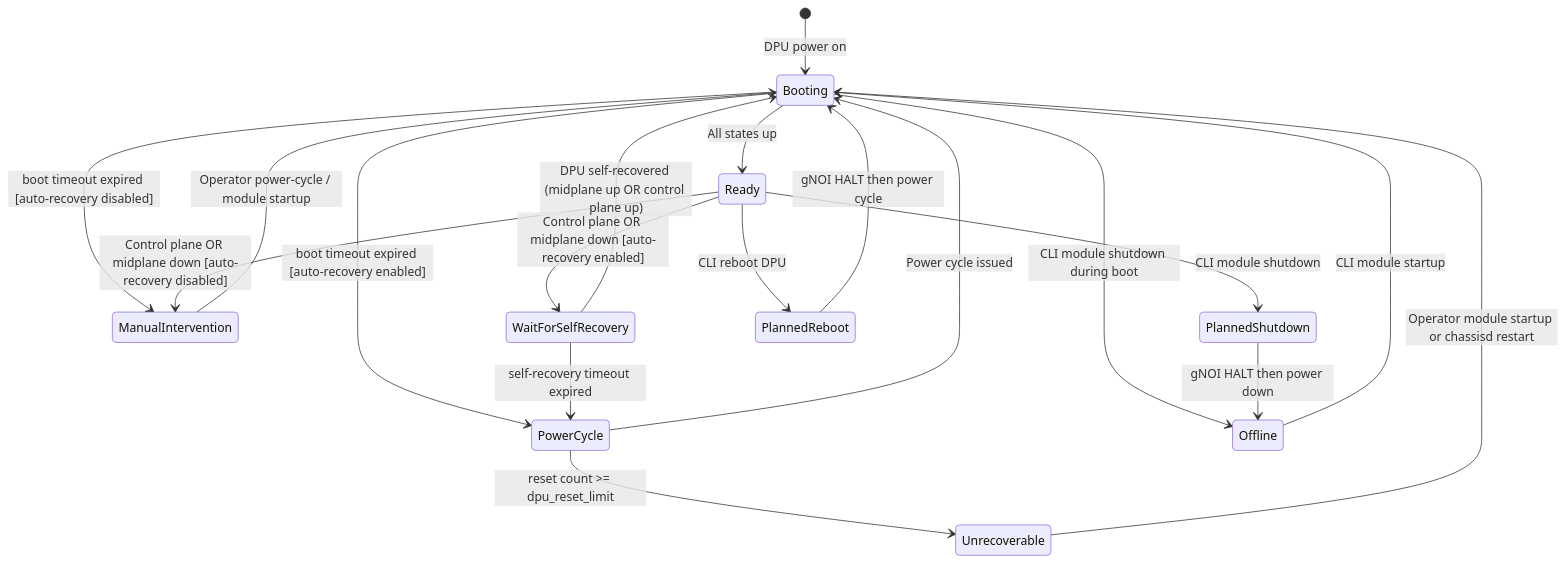
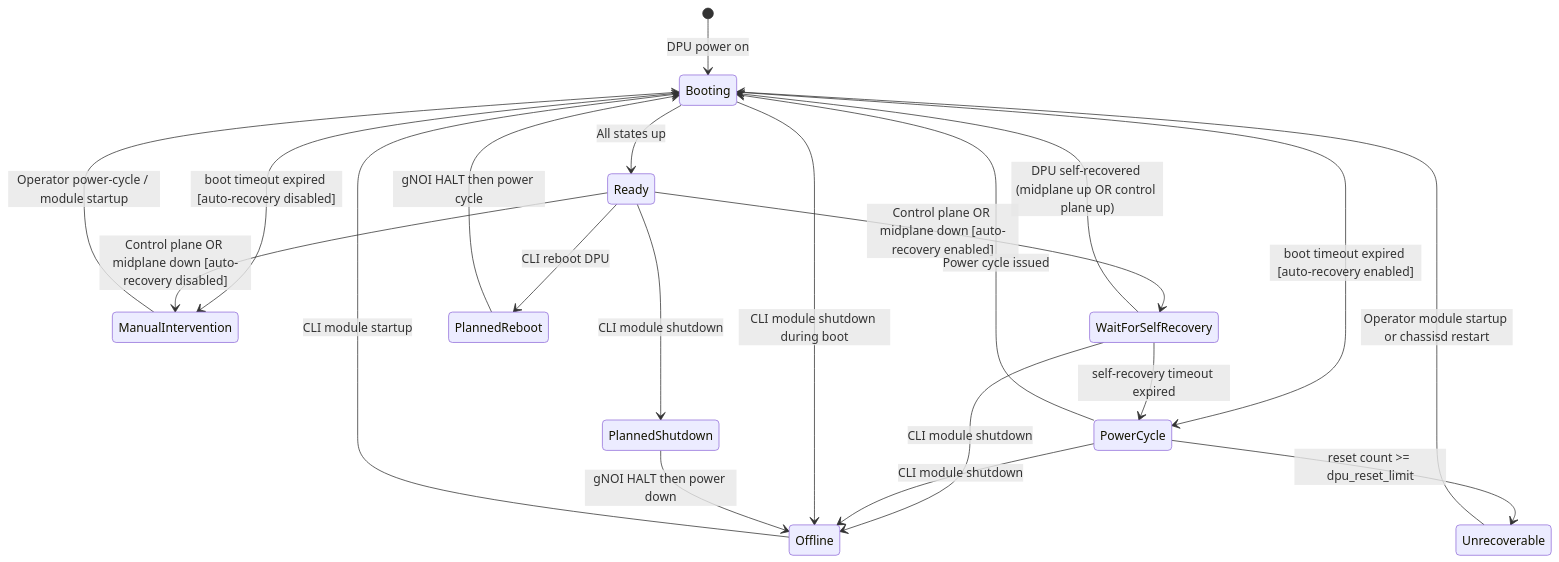
The diagram in doc/smart-switch/pmon/enhance-dpu-robustness.md (sonic-net/SONiC), drawn with Mermaid before and after one commit. The commit also changed other lines of this file, not shown here.

First line of the commit message:
Address PR review: fix state table, diagram, and step ordering

````diff
--- a/doc/smart-switch/pmon/enhance-dpu-robustness.md
+++ b/doc/smart-switch/pmon/enhance-dpu-robustness.md
@@ -227,30 +227,32 @@
 ```mermaid
 stateDiagram-v2
     [*] --> Booting : DPU power on
 
     Booting --> Ready : All states up
     Booting --> PowerCycle : boot timeout expired [auto-recovery enabled]
     Booting --> ManualIntervention : boot timeout expired [auto-recovery disabled]
 
     Ready --> WaitForSelfRecovery : Control plane OR midplane down [auto-recovery enabled]
     Ready --> ManualIntervention : Control plane OR midplane down [auto-recovery disabled]
 
     WaitForSelfRecovery --> Booting : DPU self-recovered (midplane up OR control plane up)
     WaitForSelfRecovery --> PowerCycle : self-recovery timeout expired
+    WaitForSelfRecovery --> Offline : CLI module shutdown
 
     PowerCycle --> Booting : Power cycle issued
     PowerCycle --> Unrecoverable : reset count >= dpu_reset_limit
+    PowerCycle --> Offline : CLI module shutdown
 
     ManualIntervention --> Booting : Operator power-cycle / module startup
 
     Booting --> Offline : CLI module shutdown during boot
     Ready --> PlannedShutdown : CLI module shutdown
     Ready --> PlannedReboot : CLI reboot DPU
 
     PlannedShutdown --> Offline : gNOI HALT then power down
     PlannedReboot --> Booting : gNOI HALT then power cycle
 
     Offline --> Booting : CLI module startup
 
     Unrecoverable --> Booting : Operator module startup or chassisd restart
 ```
````
